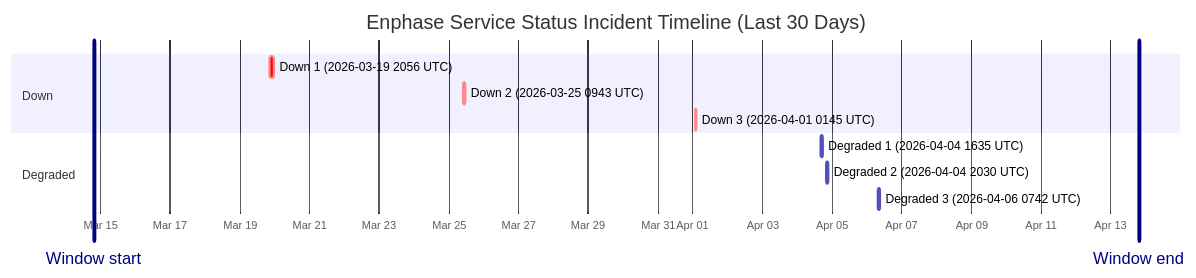
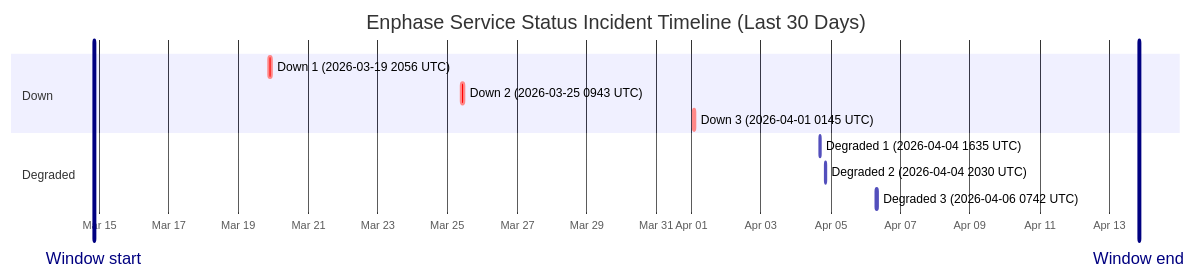
Before and after one commit to barneyonline/ha-enphase-ev-charger: the diagram in wiki/Service-Status-History.md, drawn with Mermaid. The commit also changed other lines of this file and 3 other files, not shown here.

````diff
--- a/wiki/Service-Status-History.md
+++ b/wiki/Service-Status-History.md
@@ -14,16 +14,16 @@
 ```mermaid
 gantt
     title Enphase Service Status Incident Timeline (Last 30 Days)
     dateFormat  YYYY-MM-DDTHH:mm:ss
     axisFormat  %b %d
-    Window start :vert, window-start, 2026-03-14T19:25:55, 0ms
-    Window end :vert, window-end, 2026-04-13T19:25:55, 0ms
+    Window start :vert, window-start, 2026-03-14T20:32:01, 0ms
+    Window end :vert, window-end, 2026-04-13T20:32:01, 0ms
     section Down
     Down 1 (2026-03-19 2056 UTC) :crit, down-1, 2026-03-19T20:56:20, 145m
     Down 2 (2026-03-25 0943 UTC) :crit, down-2, 2026-03-25T09:43:28, 111m
     Down 3 (2026-04-01 0145 UTC) :crit, down-3, 2026-04-01T01:45:09, 60m
     section Degraded
     Degraded 1 (2026-04-04 1635 UTC) :active, degraded-1, 2026-04-04T16:35:17, 60m
     Degraded 2 (2026-04-04 2030 UTC) :active, degraded-2, 2026-04-04T20:30:40, 60m
     Degraded 3 (2026-04-06 0742 UTC) :active, degraded-3, 2026-04-06T07:42:09, 85m
 ```
````
